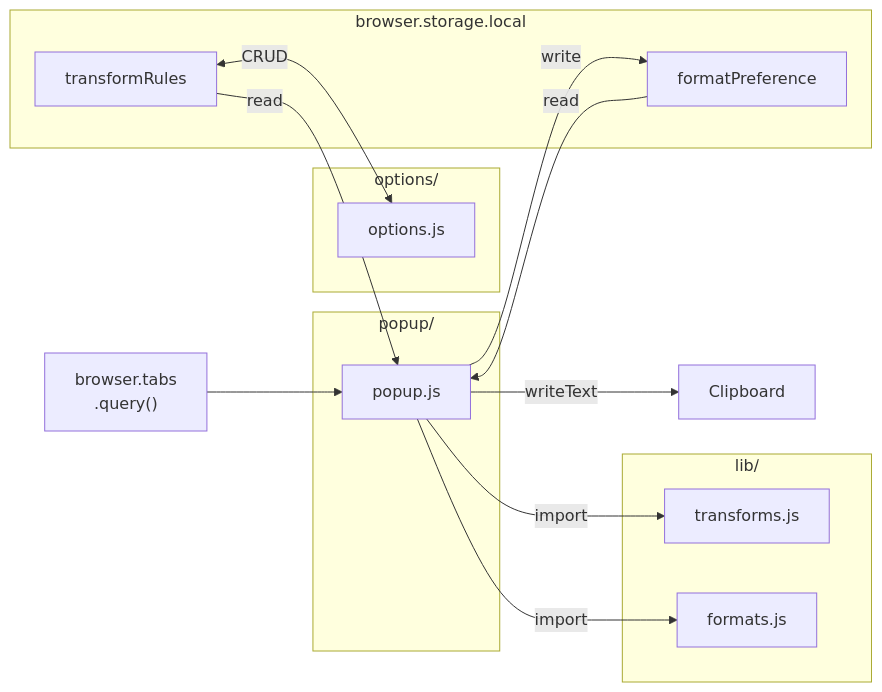
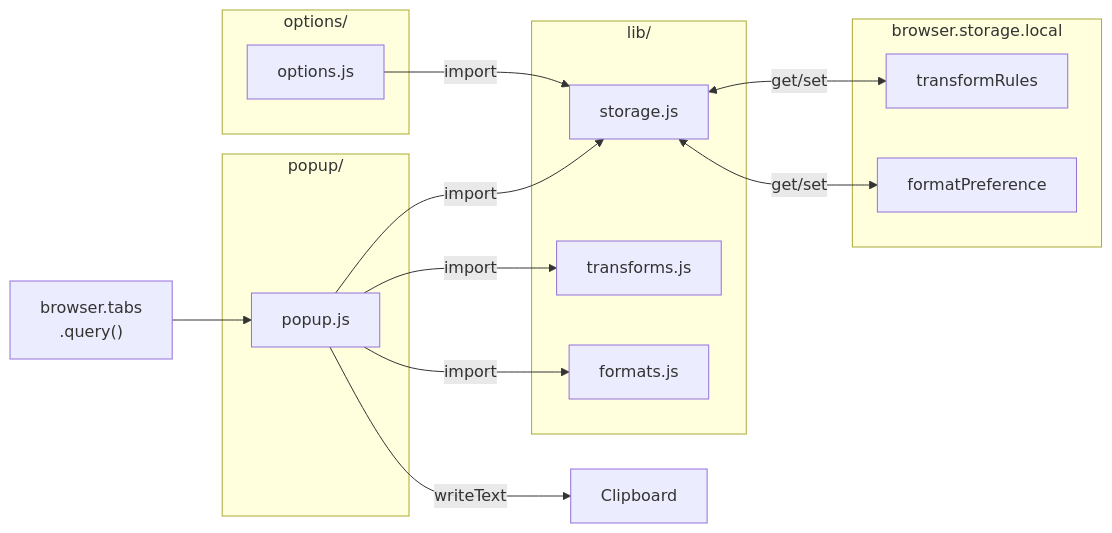
Before and after one commit to Texarkanine/tab-yeet: the first of 2 diagrams in memory-bank/active/tasks.md, drawn with Mermaid. The commit also changed other lines of this file and 3 other files, not shown here.

````diff
--- a/memory-bank/active/tasks.md
+++ b/memory-bank/active/tasks.md
@@ -15,29 +15,30 @@
 ```mermaid
 flowchart LR
     subgraph Storage["browser.storage.local"]
         Rules["transformRules"]
         Pref["formatPreference"]
     end
 
     subgraph Options["options/"]
         OptJS["options.js"]
     end
 
     subgraph Popup["popup/"]
         PopJS["popup.js"]
     end
 
     subgraph Lib["lib/"]
+        Stor["storage.js"]
         Trans["transforms.js"]
         Fmt["formats.js"]
     end
 
     Tabs["browser.tabs\n.query()"] --> PopJS
-    Rules -->|read| PopJS
-    Rules <-->|CRUD| OptJS
-    Pref -->|read| PopJS
-    PopJS -->|write| Pref
+    Stor <-->|get/set| Rules
+    Stor <-->|get/set| Pref
+    PopJS -->|import| Stor
+    OptJS -->|import| Stor
     PopJS -->|import| Trans
     PopJS -->|import| Fmt
     PopJS -->|writeText| Clip["Clipboard"]
 ```
````
